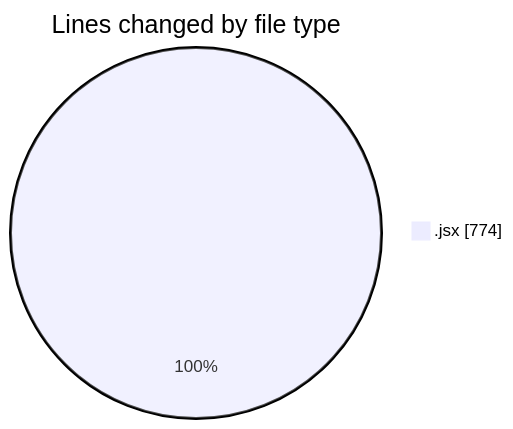
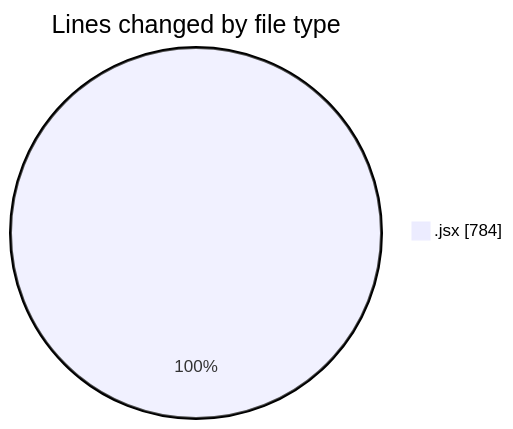
The first of 2 diagrams in 2025-05-27/nxtqube_webapp/README.md (nxtqubesakshisongat/code-tracking), drawn with Mermaid before and after one commit. The commit also changed other lines of this file and 1 other file, not shown here.

````diff
--- a/2025-05-27/nxtqube_webapp/README.md
+++ b/2025-05-27/nxtqube_webapp/README.md
@@ -21,5 +21,5 @@
 ```mermaid
 pie showData
 title Lines changed by file type
-".jsx" : 774
+".jsx" : 784
 ```
````
